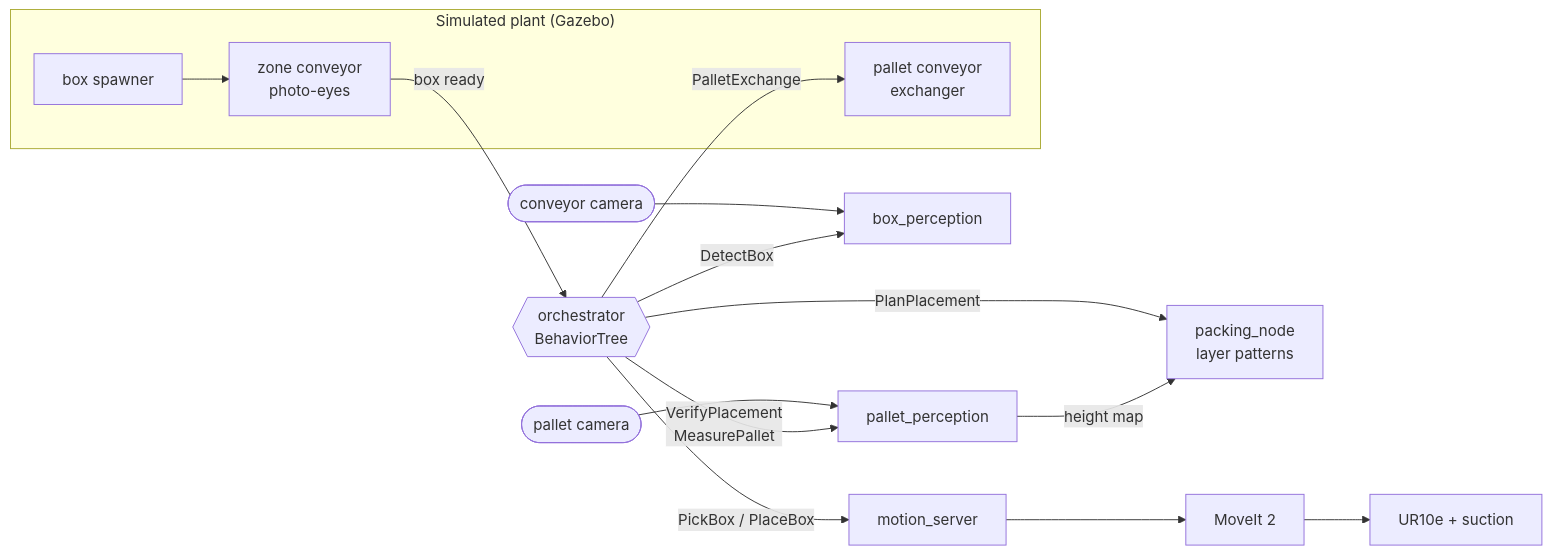
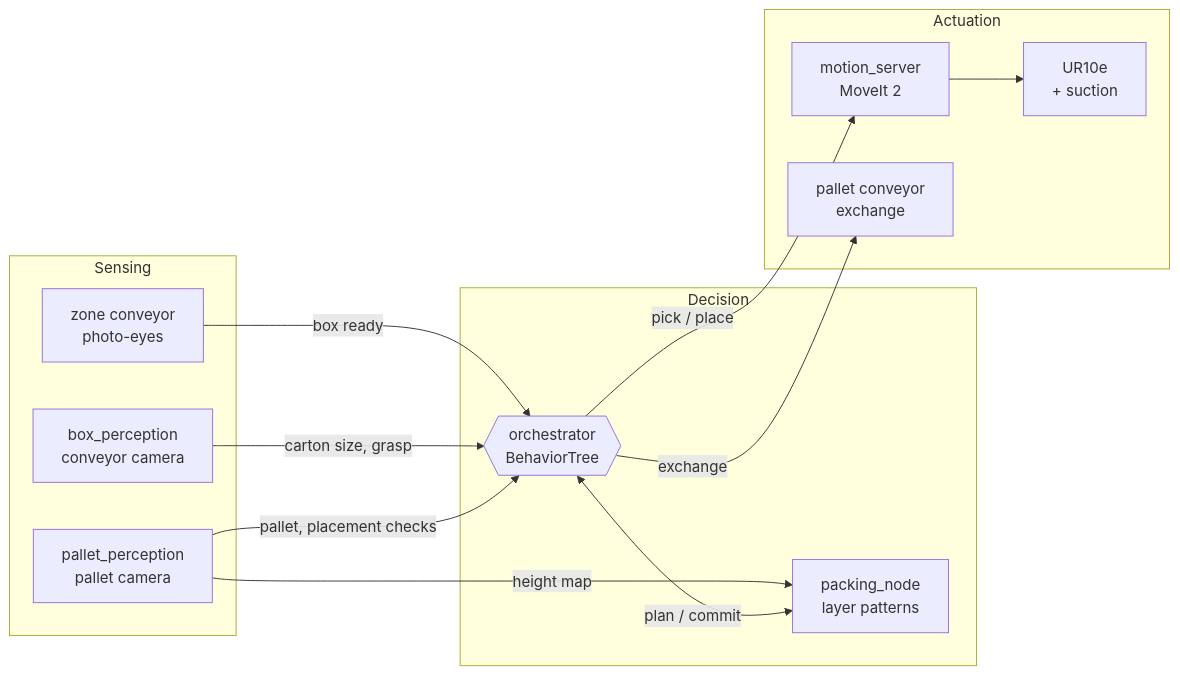
One commit to JaisalJain/palletizer changed the diagram in README.md. Above: the diagram before and after it, drawn with Mermaid. The commit also changed other lines of this file and 17 other files, not shown here.

First line of the commit message:
docs/media: hero, perception, patterns, finished pallets, exchange, behavior tree, results

````diff
--- a/README.md
+++ b/README.md
@@ -55,16 +61,23 @@
 ```mermaid
 flowchart LR
-  subgraph plant["Simulated plant (Gazebo)"]
-    SP[box spawner] --> CONV[zone conveyor<br/>photo-eyes]
-    PX[pallet conveyor<br/>exchanger]
+  subgraph sense["Sensing"]
+    CONV[zone conveyor<br/>photo-eyes]
+    BP[box_perception<br/>conveyor camera]
+    PP[pallet_perception<br/>pallet camera]
   end
-  CAM1([conveyor camera]) --> BP[box_perception]
-  CAM2([pallet camera]) --> PP[pallet_perception]
-  CONV -- box ready --> BT{{orchestrator<br/>BehaviorTree}}
-  BT -- DetectBox --> BP
-  BT -- PlanPlacement --> PK[packing_node<br/>layer patterns]
+  subgraph decide["Decision"]
+    BT{{orchestrator<br/>BehaviorTree}}
+    PK[packing_node<br/>layer patterns]
+  end
+  subgraph act["Actuation"]
+    MS[motion_server<br/>MoveIt 2] --> UR[UR10e<br/>+ suction]
+    PX[pallet conveyor<br/>exchange]
+  end
+  CONV -- box ready --> BT
+  BP -- carton size, grasp --> BT
+  PP -- pallet, placement checks --> BT
   PP -- height map --> PK
-  BT -- VerifyPlacement<br/>MeasurePallet --> PP
-  BT -- PickBox / PlaceBox --> MS[motion_server] --> MG[MoveIt 2] --> UR[UR10e + suction]
-  BT -- PalletExchange --> PX
+  BT <-- plan / commit --> PK
+  BT -- pick / place --> MS
+  BT -- exchange --> PX
 ```
````
